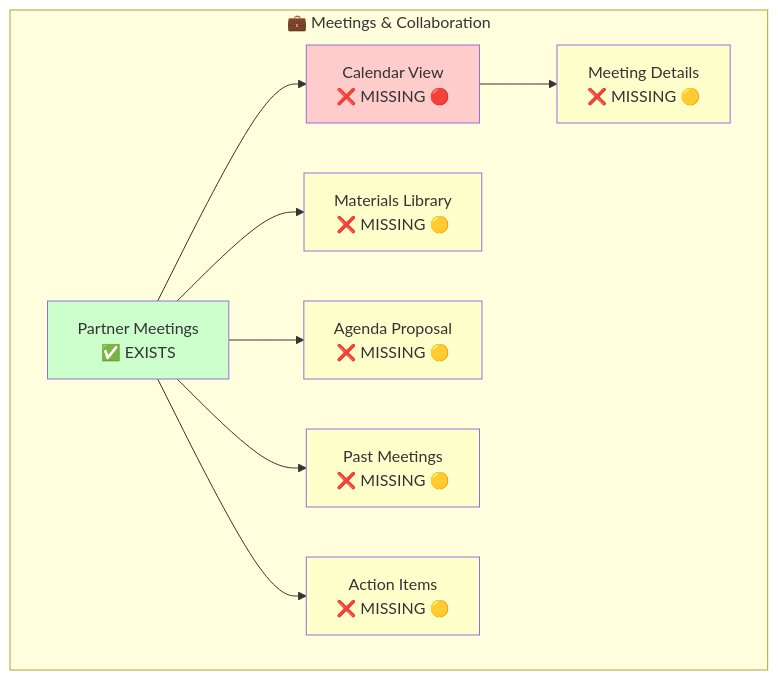
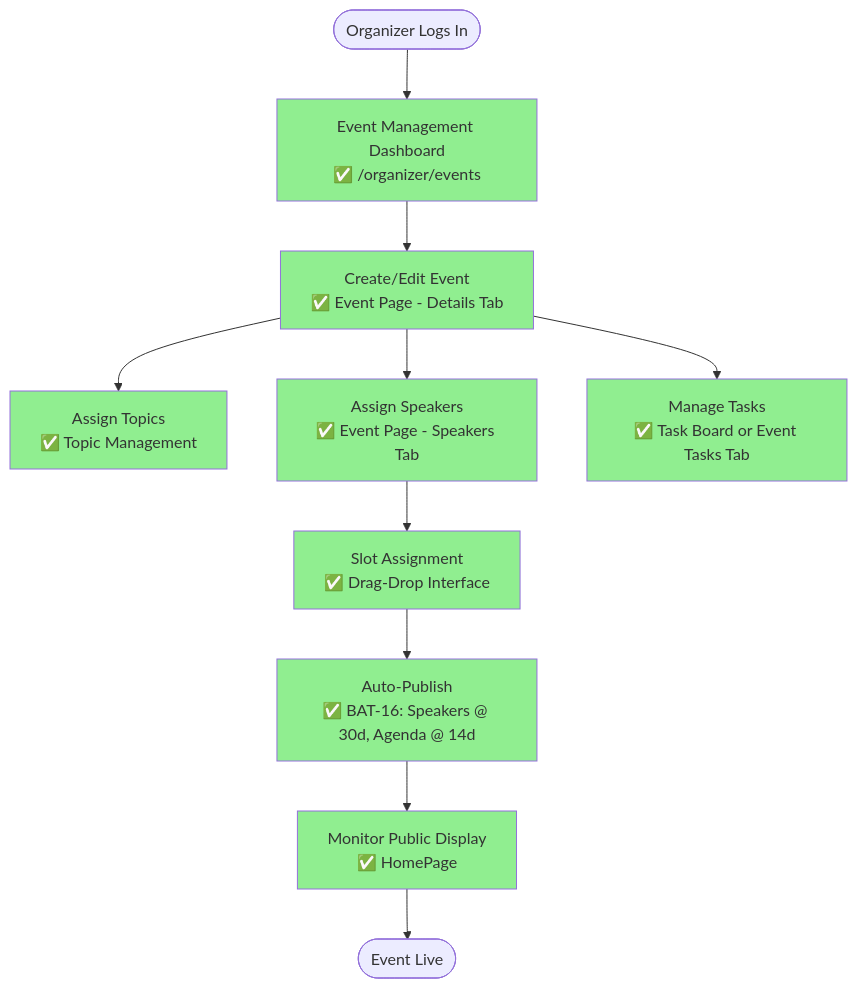
One commit to nissimbuchs/BATbern2 changed diagram 16 of 28 in docs/wireframes/sitemap-mermaid.md. Above: the diagram before and after it, drawn with Mermaid. The commit also changed other lines of this file and 1008 other files, not shown here.

````diff
--- a/docs/wireframes/sitemap-mermaid.md
+++ b/docs/wireframes/sitemap-mermaid.md
@@ -398,27 +508,32 @@
 ```mermaid
-graph TB
-    subgraph "💼 Meetings & Collaboration"
-        Meetings[Partner Meetings<br/>✅ EXISTS]
-        Calendar[Calendar View<br/>❌ MISSING 🔴]
-        MeetingDetail[Meeting Details<br/>❌ MISSING 🟡]
-        Materials[Materials Library<br/>❌ MISSING 🟡]
-        Agenda[Agenda Proposal<br/>❌ MISSING 🟡]
-        PastMeeting[Past Meetings<br/>❌ MISSING 🟡]
-        ActionItems[Action Items<br/>❌ MISSING 🟡]
-    end
+flowchart TD
+    Start([Organizer Logs In])
+    Dashboard[Event Management Dashboard<br/>✅ /organizer/events]
+    CreateEvent[Create/Edit Event<br/>✅ Event Page - Details Tab]
+    AssignTopics[Assign Topics<br/>✅ Topic Management]
+    AssignSpeakers[Assign Speakers<br/>✅ Event Page - Speakers Tab]
+    SlotAssign[Slot Assignment<br/>✅ Drag-Drop Interface]
+    ManageTasks[Manage Tasks<br/>✅ Task Board or Event Tasks Tab]
+    AutoPublish[Auto-Publish<br/>✅ BAT-16: Speakers @ 30d, Agenda @ 14d]
+    Monitor[Monitor Public Display<br/>✅ HomePage]
+    End([Event Live])
 
-    Meetings --> Calendar
-    Calendar --> MeetingDetail
-    Meetings --> Materials
-    Meetings --> Agenda
-    Meetings --> PastMeeting
-    Meetings --> ActionItems
+    Start --> Dashboard
+    Dashboard --> CreateEvent
+    CreateEvent --> AssignTopics
+    CreateEvent --> AssignSpeakers
+    AssignSpeakers --> SlotAssign
+    CreateEvent --> ManageTasks
+    SlotAssign --> AutoPublish
+    AutoPublish --> Monitor
+    Monitor --> End
 
-    style Meetings fill:#ccffcc
-    style Calendar fill:#ffcccc
-    style MeetingDetail fill:#ffffcc
-    style Materials fill:#ffffcc
-    style Agenda fill:#ffffcc
-    style PastMeeting fill:#ffffcc
-    style ActionItems fill:#ffffcc
+    style Dashboard fill:#90EE90
+    style CreateEvent fill:#90EE90
+    style AssignTopics fill:#90EE90
+    style AssignSpeakers fill:#90EE90
+    style SlotAssign fill:#90EE90
+    style ManageTasks fill:#90EE90
+    style AutoPublish fill:#90EE90
+    style Monitor fill:#90EE90
 ```
````
